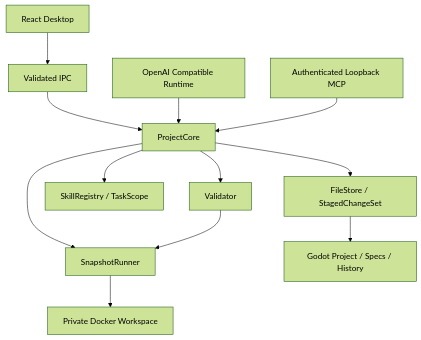
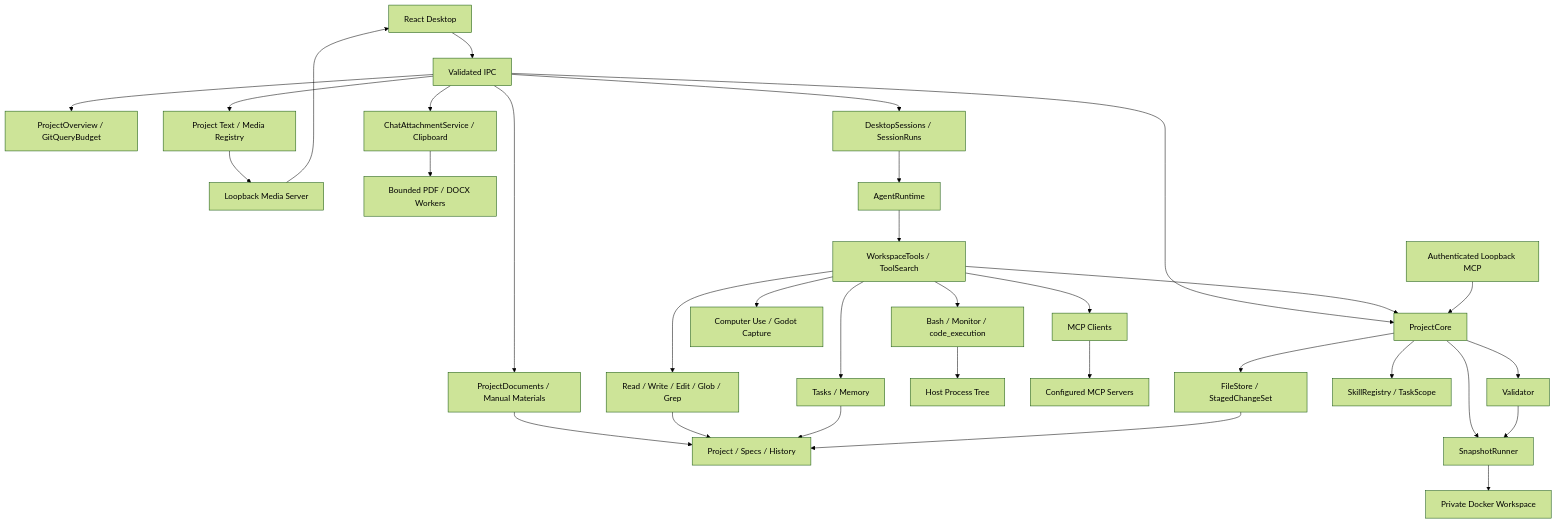
Before and after one commit to lefengyao/SpecLoom: the diagram in docs/architecture.md, drawn with Mermaid (forest theme). The commit also changed other lines of this file and 658 other files, not shown here.

````diff
--- a/docs/architecture.md
+++ b/docs/architecture.md
@@ -5,14 +5,34 @@
 ```mermaid
 flowchart TD
   UI[React Desktop] --> IPC[Validated IPC]
+  IPC --> Overview[ProjectOverview / GitQueryBudget]
+  IPC --> Preview[Project Text / Media Registry]
+  Preview --> Media[Loopback Media Server]
+  Media --> UI
+  IPC --> Attachments[ChatAttachmentService / Clipboard]
+  Attachments --> Workers[Bounded PDF / DOCX Workers]
+  IPC --> Documents[ProjectDocuments / Manual Materials]
+  Documents --> Project
+  IPC --> Sessions[DesktopSessions / SessionRuns]
+  Sessions --> Agent[AgentRuntime]
+  Agent --> Tools[WorkspaceTools / ToolSearch]
+  Tools --> WorkFiles[Read / Write / Edit / Glob / Grep]
+  Tools --> Processes[Bash / Monitor / code_execution]
+  Tools --> State[Tasks / Memory]
+  Tools --> Client[MCP Clients]
+  Tools --> Plugins[Computer Use / Godot Capture]
+  WorkFiles --> Project[Project / Specs / History]
+  State --> Project
+  Processes --> Host[Host Process Tree]
+  Client --> External[Configured MCP Servers]
   IPC --> Core[ProjectCore]
-  Agent[OpenAI Compatible Runtime] --> Core
+  Tools --> Core
   MCP[Authenticated Loopback MCP] --> Core
   Core --> Files[FileStore / StagedChangeSet]
   Core --> Skills[SkillRegistry / TaskScope]
   Core --> Snapshot[SnapshotRunner]
   Core --> Validator[Validator]
   Snapshot --> Docker[Private Docker Workspace]
   Validator --> Snapshot
-  Files --> Project[Godot Project / Specs / History]
+  Files --> Project
 ```
````
